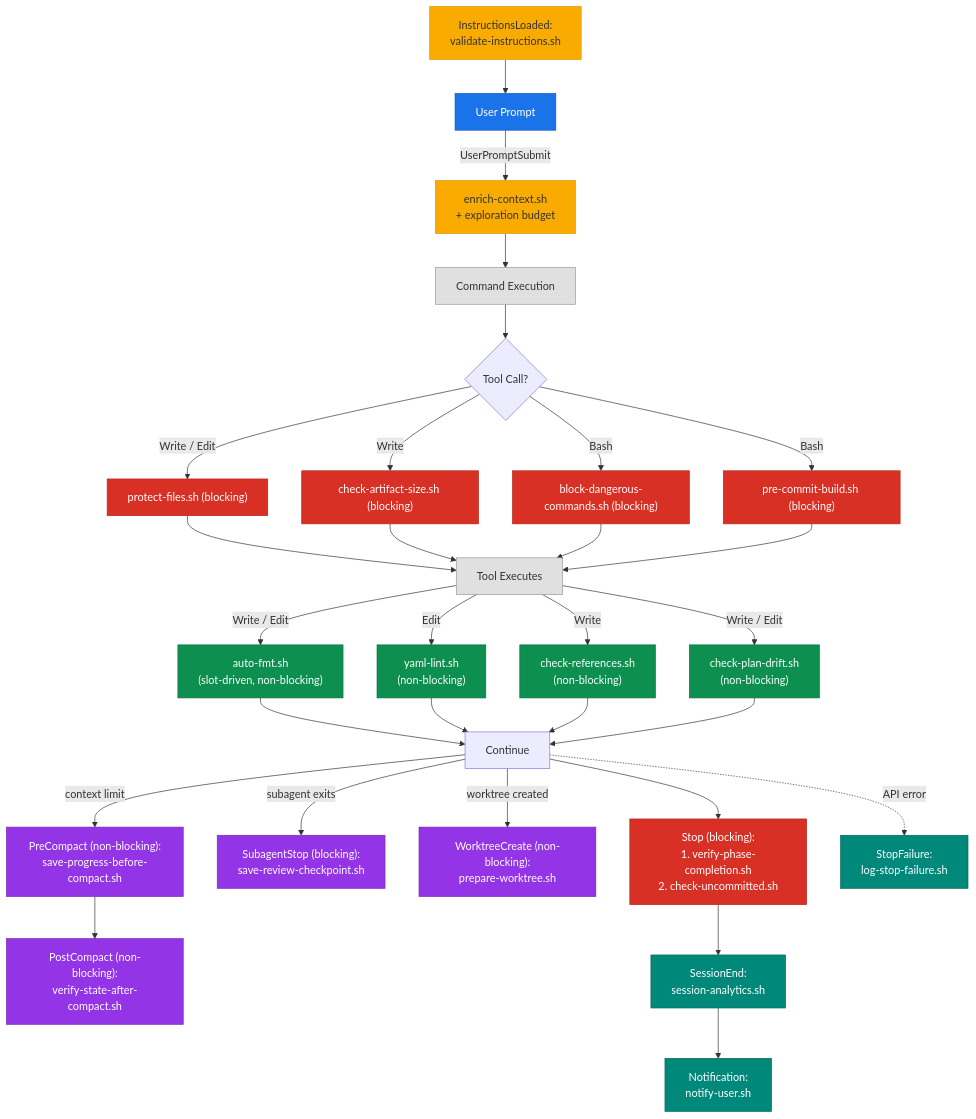
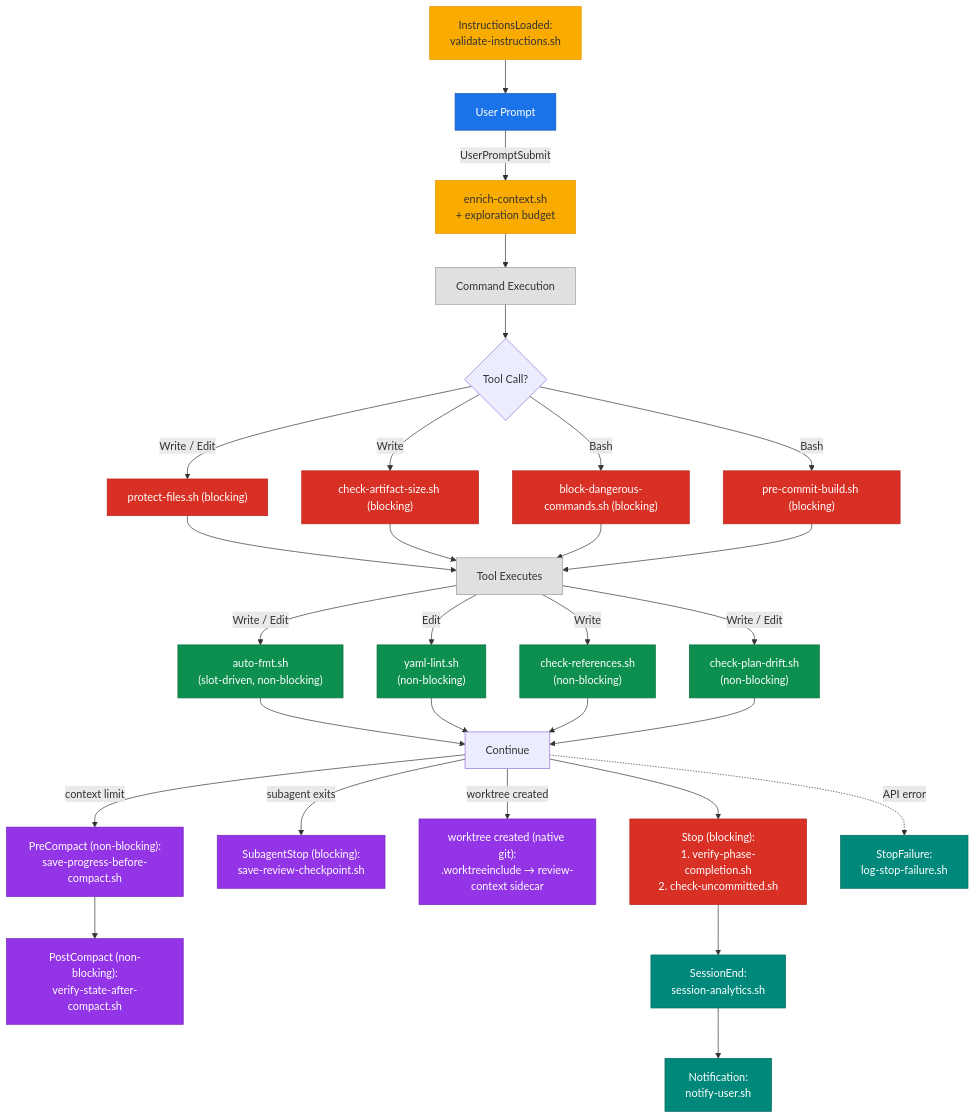
Before and after one commit to hex0xdeadbeef/claude-kit: the fourth of 4 diagrams in README.md, drawn with Mermaid. The commit also changed other lines of this file and 14 other files, not shown here.

First line of the commit message:
fix(workflow): repair worktree review isolation (F1 + F1c)

````diff
--- a/README.md
+++ b/README.md
@@ -556,59 +556,59 @@
 ```mermaid
 flowchart TB
     IL["InstructionsLoaded:<br/>validate-instructions.sh"] --> UP["User Prompt"]
     UP -->|UserPromptSubmit| ENR["enrich-context.sh<br/>+ exploration budget"]
     ENR --> CMD["Command Execution"]
 
     CMD --> TOOL{"Tool Call?"}
     TOOL -->|"Write / Edit"| PRE1["protect-files.sh (blocking)"]
     TOOL -->|Write| PRE2["check-artifact-size.sh (blocking)"]
     TOOL -->|Bash| PRE3["block-dangerous-commands.sh (blocking)"]
     TOOL -->|Bash| PRE4["pre-commit-build.sh (blocking)"]
 
     PRE1 --> EXEC["Tool Executes"]
     PRE2 --> EXEC
     PRE3 --> EXEC
     PRE4 --> EXEC
 
     EXEC -->|"Write / Edit"| POST1["auto-fmt.sh<br/>(slot-driven, non-blocking)"]
     EXEC -->|Edit| POST2["yaml-lint.sh<br/>(non-blocking)"]
     EXEC -->|Write| POST3["check-references.sh<br/>(non-blocking)"]
     EXEC -->|"Write / Edit"| POST4["check-plan-drift.sh<br/>(non-blocking)"]
 
     POST1 --> CONT["Continue"]
     POST2 --> CONT
     POST3 --> CONT
     POST4 --> CONT
 
     CONT -->|"context limit"| COMPACT["PreCompact (non-blocking):<br/>save-progress-before-compact.sh"]
     COMPACT --> PCOMPACT["PostCompact (non-blocking):<br/>verify-state-after-compact.sh"]
     CONT -->|"subagent exits"| SUBSTOP["SubagentStop (blocking):<br/>save-review-checkpoint.sh"]
-    CONT -->|"worktree created"| WT["WorktreeCreate (non-blocking):<br/>prepare-worktree.sh"]
+    CONT -->|"worktree created"| WT["worktree created (native git):<br/>.worktreeinclude → review-context sidecar"]
     CONT --> STOP["Stop (blocking):<br/>1. verify-phase-completion.sh<br/>2. check-uncommitted.sh"]
     CONT -.->|"API error"| SFAIL["StopFailure:<br/>log-stop-failure.sh"]
 
     STOP --> SESS["SessionEnd:<br/>session-analytics.sh"]
     SESS --> NOTIFY["Notification:<br/>notify-user.sh"]
 
     style IL fill:#f9ab00,color:#333,stroke:#e69500
     style UP fill:#1a73e8,color:#fff,stroke:#1557b0
     style ENR fill:#f9ab00,color:#333,stroke:#e69500
     style CMD fill:#e0e0e0,color:#333,stroke:#999
     style PRE1 fill:#d93025,color:#fff,stroke:#b3261e
     style PRE2 fill:#d93025,color:#fff,stroke:#b3261e
     style PRE3 fill:#d93025,color:#fff,stroke:#b3261e
     style PRE4 fill:#d93025,color:#fff,stroke:#b3261e
     style EXEC fill:#e0e0e0,color:#333,stroke:#999
     style POST1 fill:#0d904f,color:#fff,stroke:#0a7040
     style POST2 fill:#0d904f,color:#fff,stroke:#0a7040
     style POST3 fill:#0d904f,color:#fff,stroke:#0a7040
     style POST4 fill:#0d904f,color:#fff,stroke:#0a7040
     style COMPACT fill:#9334e6,color:#fff,stroke:#7627bb
     style PCOMPACT fill:#9334e6,color:#fff,stroke:#7627bb
     style SUBSTOP fill:#9334e6,color:#fff,stroke:#7627bb
     style WT fill:#9334e6,color:#fff,stroke:#7627bb
     style STOP fill:#d93025,color:#fff,stroke:#b3261e
     style SFAIL fill:#00897b,color:#fff,stroke:#00695c
     style SESS fill:#00897b,color:#fff,stroke:#00695c
     style NOTIFY fill:#00897b,color:#fff,stroke:#00695c
 ```
````
